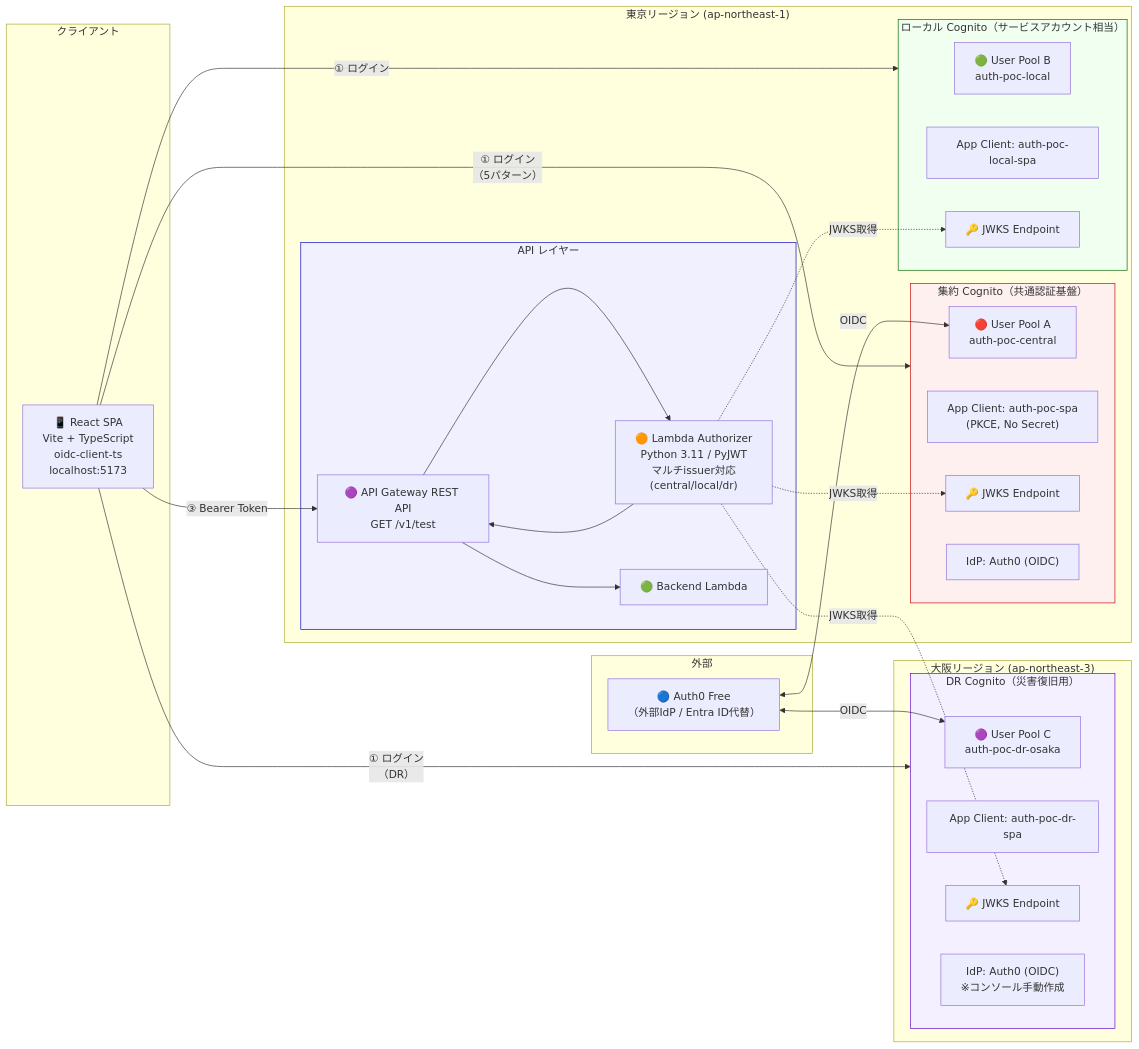
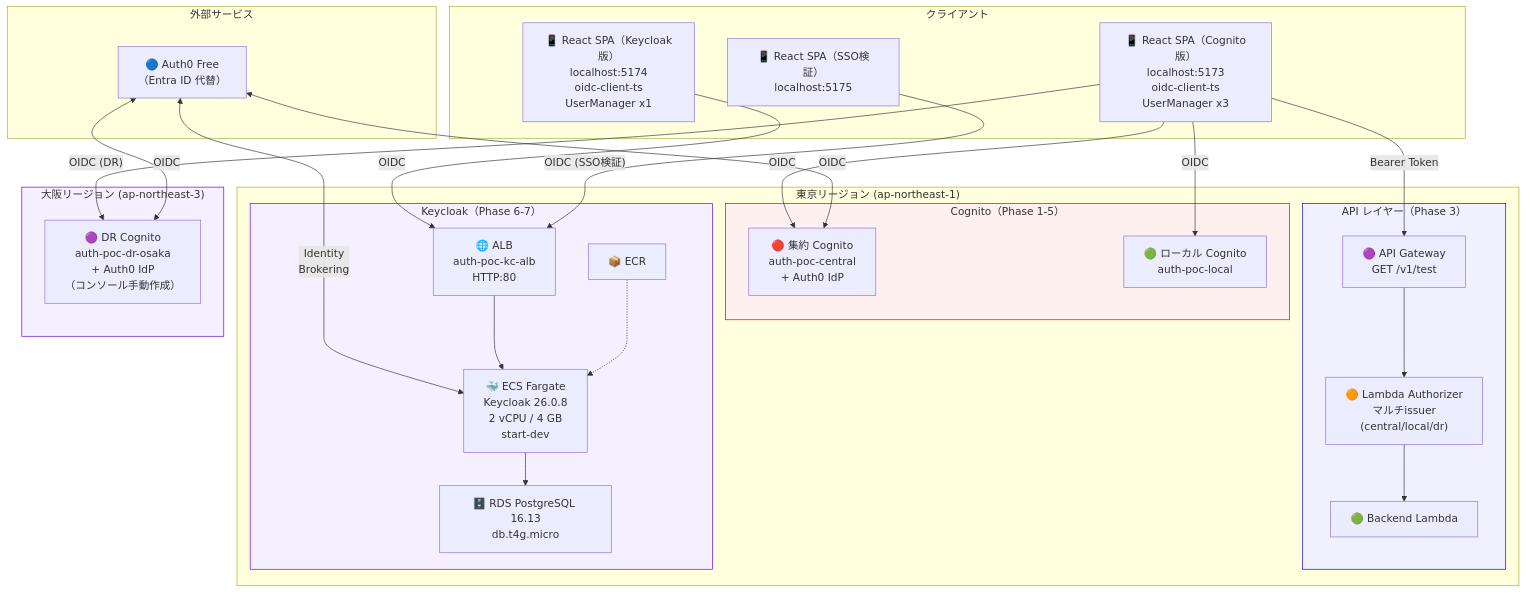
Before and after one commit to suepie/aws-atuh-poc: the diagram in doc/design/architecture.md, drawn with Mermaid. The commit also changed other lines of this file, not shown here.

Commit message:
構成図修正

````diff
--- a/doc/design/architecture.md
+++ b/doc/design/architecture.md
@@ -11,60 +11,63 @@
 ```mermaid
-flowchart LR
-    subgraph External["外部"]
-        Auth0["🔵 Auth0 Free<br/>（外部IdP / Entra ID代替）"]
+flowchart TB
+    subgraph External["外部サービス"]
+        Auth0["🔵 Auth0 Free<br/>（Entra ID 代替）"]
+    end
+
+    subgraph Client["クライアント"]
+        SPA_C["📱 React SPA（Cognito版）<br/>localhost:5173<br/>oidc-client-ts<br/>UserManager x3"]
+        SPA_K["📱 React SPA（Keycloak版）<br/>localhost:5174<br/>oidc-client-ts<br/>UserManager x1"]
+        SPA_K2["📱 React SPA（SSO検証）<br/>localhost:5175"]
     end
 
     subgraph Tokyo["東京リージョン (ap-northeast-1)"]
-        subgraph CentralCognito["集約 Cognito（共通認証基盤）"]
-            CentralPool["🔴 User Pool A<br/>auth-poc-central"]
-            CentralClient["App Client: auth-poc-spa<br/>(PKCE, No Secret)"]
-            CentralJWKS["🔑 JWKS Endpoint"]
-            IdPConfig["IdP: Auth0 (OIDC)"]
+        subgraph CognitoLayer["Cognito（Phase 1-5）"]
+            CentralPool["🔴 集約 Cognito<br/>auth-poc-central<br/>+ Auth0 IdP"]
+            LocalPool["🟢 ローカル Cognito<br/>auth-poc-local"]
         end
 
-        subgraph LocalCognito["ローカル Cognito（サービスアカウント相当）"]
-            LocalPool["🟢 User Pool B<br/>auth-poc-local"]
-            LocalClient["App Client: auth-poc-local-spa"]
-            LocalJWKS["🔑 JWKS Endpoint"]
+        subgraph APILayer["API レイヤー（Phase 3）"]
+            APIGW["🟣 API Gateway<br/>GET /v1/test"]
+            Authorizer["🟠 Lambda Authorizer<br/>マルチissuer<br/>(central/local/dr)"]
+            Backend["🟢 Backend Lambda"]
         end
 
-        subgraph APILayer["API レイヤー"]
-            APIGW["🟣 API Gateway REST API<br/>GET /v1/test"]
-            Authorizer["🟠 Lambda Authorizer<br/>Python 3.11 / PyJWT<br/>マルチissuer対応<br/>(central/local/dr)"]
-            Backend["🟢 Backend Lambda"]
+        subgraph KeycloakLayer["Keycloak（Phase 6-7）"]
+            ALB["🌐 ALB<br/>auth-poc-kc-alb<br/>HTTP:80"]
+            ECS["🐳 ECS Fargate<br/>Keycloak 26.0.8<br/>2 vCPU / 4 GB<br/>start-dev"]
+            RDS["🗄️ RDS PostgreSQL 16.13<br/>db.t4g.micro"]
+            ECR["📦 ECR"]
         end
     end
 
     subgraph Osaka["大阪リージョン (ap-northeast-3)"]
-        subgraph DRCognito["DR Cognito（災害復旧用）"]
-            DRPool["🟣 User Pool C<br/>auth-poc-dr-osaka"]
-            DRClient["App Client: auth-poc-dr-spa"]
-            DRJWKS["🔑 JWKS Endpoint"]
-            DRIdPConfig["IdP: Auth0 (OIDC)<br/>※コンソール手動作成"]
-        end
+        DRPool["🟣 DR Cognito<br/>auth-poc-dr-osaka<br/>+ Auth0 IdP<br/>（コンソール手動作成）"]
     end
 
-    subgraph Client["クライアント"]
-        SPA["📱 React SPA<br/>Vite + TypeScript<br/>oidc-client-ts<br/>localhost:5173"]
-    end
+    %% Cognito SPA
+    SPA_C -->|"OIDC"| CentralPool
+    SPA_C -->|"OIDC"| LocalPool
+    SPA_C -->|"OIDC (DR)"| DRPool
+    SPA_C -->|"Bearer Token"| APIGW
 
+    %% Keycloak SPA
+    SPA_K -->|"OIDC"| ALB
+    SPA_K2 -->|"OIDC (SSO検証)"| ALB
+
+    %% Auth0
     Auth0 <-->|"OIDC"| CentralPool
     Auth0 <-->|"OIDC"| DRPool
+    Auth0 <-->|"Identity<br/>Brokering"| ECS
 
-    SPA -->|"① ログイン<br/>（5パターン）"| CentralCognito
-    SPA -->|"① ログイン"| LocalCognito
-    SPA -->|"① ログイン<br/>（DR）"| DRCognito
+    %% API Layer
+    APIGW --> Authorizer --> Backend
 
-    SPA -->|"③ Bearer Token"| APIGW
-    APIGW --> Authorizer
-    Authorizer -.->|"JWKS取得"| CentralJWKS
-    Authorizer -.->|"JWKS取得"| LocalJWKS
-    Authorizer -.->|"JWKS取得"| DRJWKS
-    Authorizer --> APIGW
-    APIGW --> Backend
+    %% Keycloak Internal
+    ALB --> ECS --> RDS
+    ECR -.-> ECS
 
-    style CentralCognito fill:#fff0f0,stroke:#cc0000
-    style LocalCognito fill:#f0fff0,stroke:#006600
-    style DRCognito fill:#f5f0ff,stroke:#6600cc
+    style CognitoLayer fill:#fff0f0,stroke:#cc0000
+    style KeycloakLayer fill:#f5f0ff,stroke:#6600cc
     style APILayer fill:#f0f0ff,stroke:#0000cc
+    style Osaka fill:#f5f0ff,stroke:#6600cc
 ```
````
